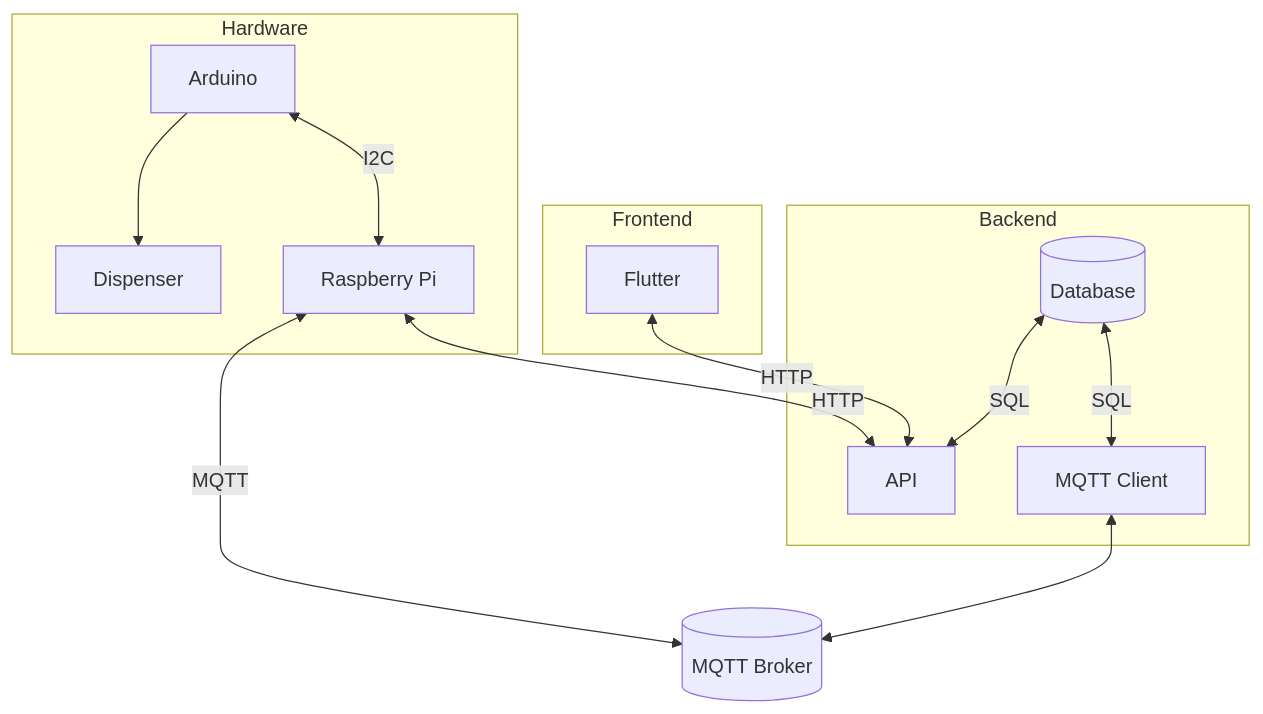
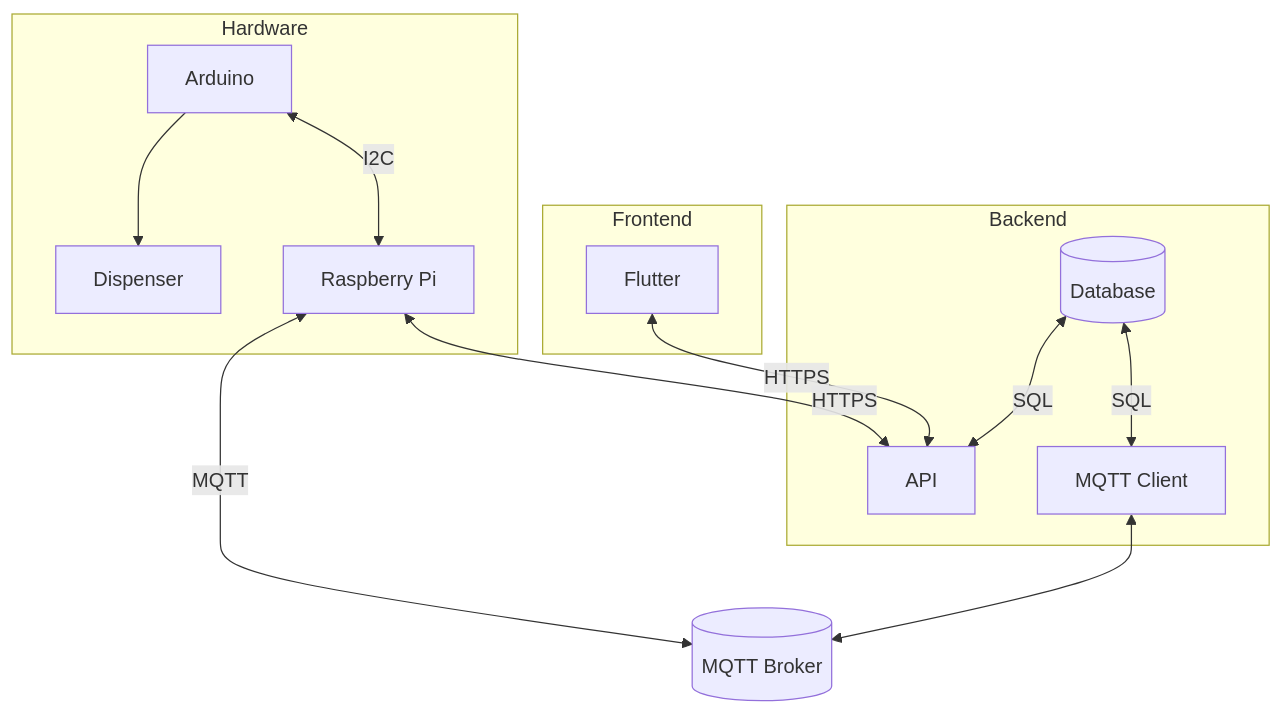
One commit to HealthHubert/.github changed the diagram in profile/README.md. Above: the diagram before and after it, drawn with Mermaid.

````diff
--- a/profile/README.md
+++ b/profile/README.md
@@ -4,33 +4,33 @@
 ```mermaid
 graph TD
     subgraph backend[Backend]
         db[(Database)]
         fastapi[API]
         mqttclient[MQTT Client]
     end
 
 
     subgraph hardware[Hardware]
         dispenser[Dispenser]
         arduino[Arduino]
         pi[Raspberry Pi]
     end
 
     subgraph frontend[Frontend]
         flutter[Flutter]
     end
 
     broker[(MQTT Broker)]
 
     mqttclient <--> broker
     db <--> |SQL| mqttclient
     db <--> |SQL| fastapi
 
-    flutter <--> |HTTP| fastapi
+    flutter <--> |HTTPS| fastapi
 
     arduino --> dispenser
     arduino <--> |I2C| pi
     
     pi <--> |MQTT| broker
-    pi <--> |HTTP| fastapi
+    pi <--> |HTTPS| fastapi
 ```
````
